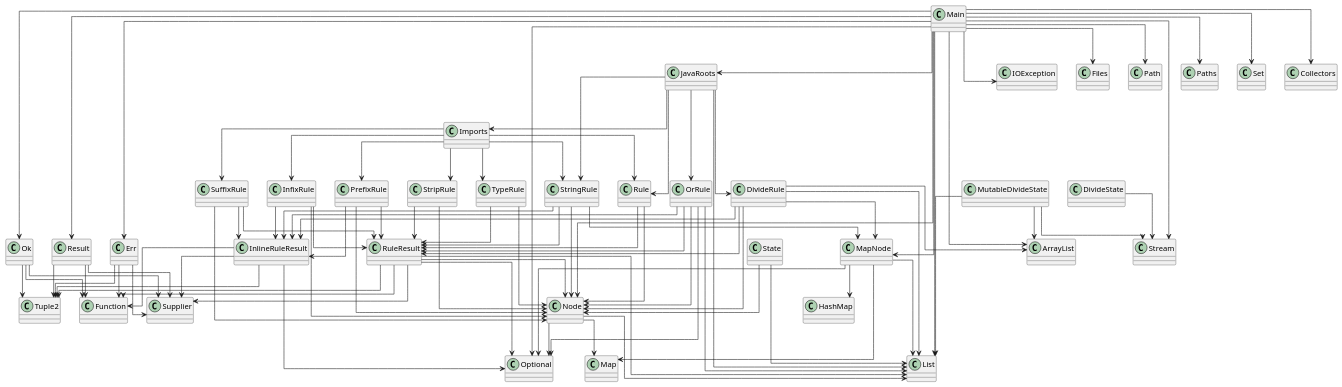
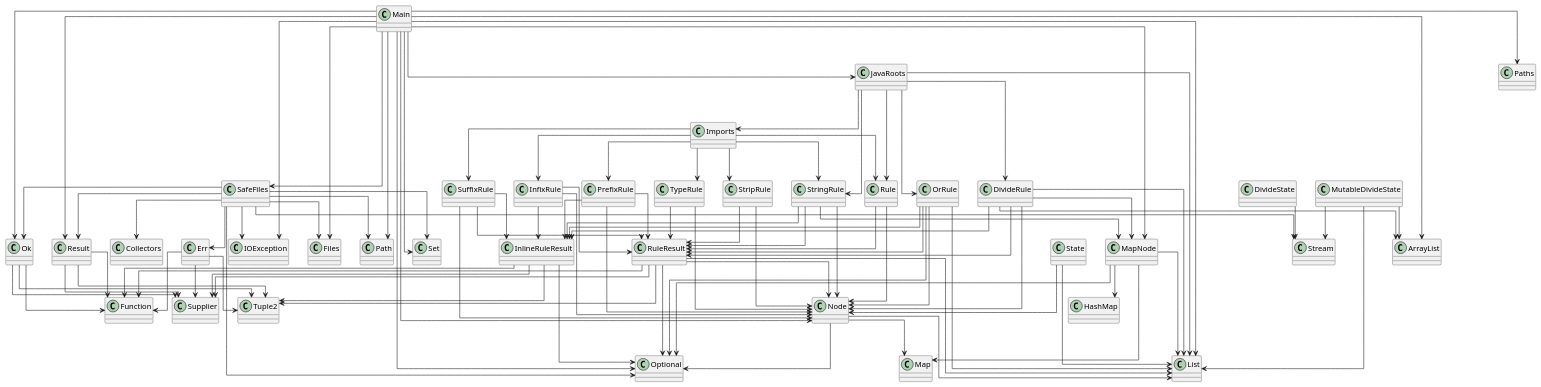
One commit to Magma-Foundation/Magma changed the diagram in diagram.puml. Above: the diagram before and after it, drawn with PlantUML. The commit also changed 2 other files, not shown here.

Commit message:
SafeFiles

```diff
--- a/diagram.puml
+++ b/diagram.puml
@@ -1,117 +1,126 @@
 @startuml
 skinparam linetype ortho
 class SuffixRule
 SuffixRule --> Node
 SuffixRule --> InlineRuleResult
 SuffixRule --> RuleResult
 class InfixRule
 InfixRule --> Node
 InfixRule --> InlineRuleResult
 InfixRule --> RuleResult
 class OrRule
 OrRule --> Node
 OrRule --> InlineRuleResult
 OrRule --> RuleResult
 OrRule --> List
 OrRule --> Optional
 class DivideRule
 DivideRule --> MapNode
 DivideRule --> Node
 DivideRule --> InlineRuleResult
 DivideRule --> RuleResult
 DivideRule --> ArrayList
 DivideRule --> List
 class Rule
 Rule --> Node
 Rule --> RuleResult
+class SafeFiles
+SafeFiles --> Err
+SafeFiles --> Ok
+SafeFiles --> Result
+SafeFiles --> IOException
+SafeFiles --> Files
+SafeFiles --> Path
+SafeFiles --> Optional
+SafeFiles --> Set
+SafeFiles --> Collectors
+SafeFiles --> Stream
 class RuleResult
 RuleResult --> Tuple2
 RuleResult --> Node
 RuleResult --> List
 RuleResult --> Optional
 RuleResult --> Function
 RuleResult --> Supplier
 class Result
 Result --> Tuple2
 Result --> Function
 Result --> Supplier
 class Err
 Err --> Tuple2
 Err --> Function
 Err --> Supplier
 class PrefixRule
 PrefixRule --> Node
 PrefixRule --> InlineRuleResult
 PrefixRule --> RuleResult
 class StringRule
 StringRule --> MapNode
 StringRule --> Node
 StringRule --> InlineRuleResult
 StringRule --> RuleResult
 class StripRule
 StripRule --> Node
 StripRule --> RuleResult
 class Ok
 Ok --> Tuple2
 Ok --> Function
 Ok --> Supplier
 class Tuple2
 class MapNode
 MapNode --> HashMap
 MapNode --> List
 MapNode --> Map
 MapNode --> Optional
 class Imports
 Imports --> InfixRule
 Imports --> PrefixRule
 Imports --> Rule
 Imports --> StringRule
 Imports --> StripRule
 Imports --> SuffixRule
 Imports --> TypeRule
 class State
 State --> Node
 State --> List
 class Node
 Node --> List
 Node --> Map
 Node --> Optional
 class Main
-Main --> Err
+Main --> SafeFiles
 Main --> Ok
 Main --> Result
 Main --> JavaRoots
 Main --> MapNode
 Main --> Node
 Main --> IOException
 Main --> Files
 Main --> Path
 Main --> Paths
 Main --> ArrayList
 Main --> List
 Main --> Optional
 Main --> Set
-Main --> Collectors
-Main --> Stream
 class MutableDivideState
 MutableDivideState --> ArrayList
 MutableDivideState --> List
 MutableDivideState --> Stream
 class TypeRule
 TypeRule --> Node
 TypeRule --> RuleResult
 class JavaRoots
 JavaRoots --> Imports
 JavaRoots --> DivideRule
 JavaRoots --> OrRule
 JavaRoots --> Rule
 JavaRoots --> StringRule
 JavaRoots --> List
 class DivideState
 DivideState --> Stream
 class InlineRuleResult
 InlineRuleResult --> Tuple2
 InlineRuleResult --> Optional
 InlineRuleResult --> Function
 InlineRuleResult --> Supplier
 @enduml
```
